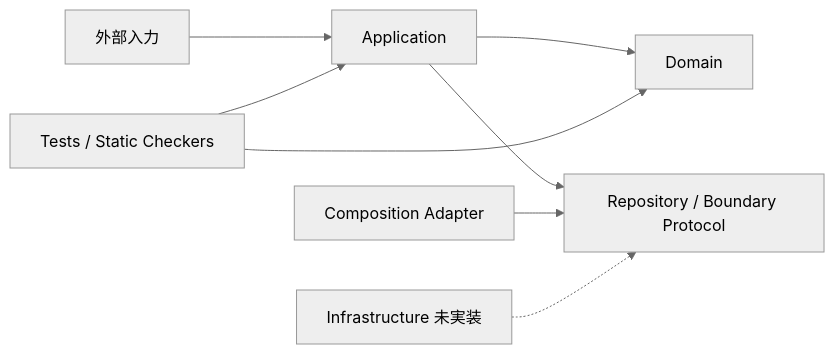
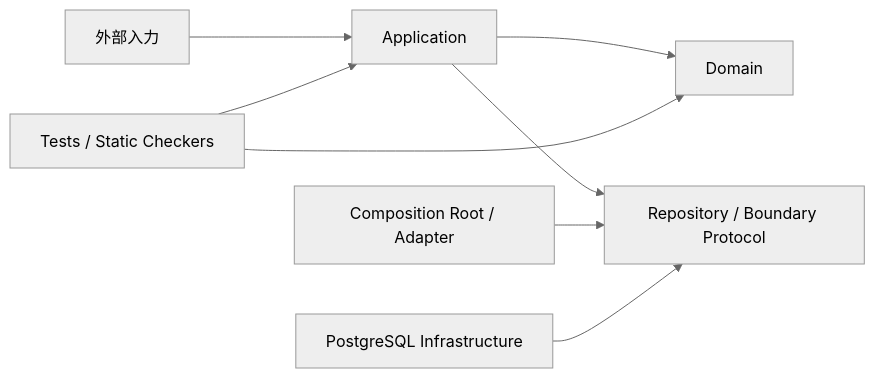
The diagram in docs/README.md (SatohaCC/PharmacyDomain), drawn with Mermaid (neutral theme) before and after one commit. The commit also changed other lines of this file and 92 other files, not shown here.

Commit message:
feat: complete PostgreSQL infrastructure

````diff
--- a/docs/README.md
+++ b/docs/README.md
@@ -29,10 +29,10 @@
 ```mermaid
 flowchart LR
     E[外部入力] --> A[Application]
     A --> D[Domain]
     A --> P[Repository / Boundary Protocol]
-    C[Composition Adapter] --> P
-    I[Infrastructure 未実装] -.-> P
+    C[Composition Root / Adapter] --> P
+    I[PostgreSQL Infrastructure] --> P
     T[Tests / Static Checkers] --> A
     T --> D
 ```
````
